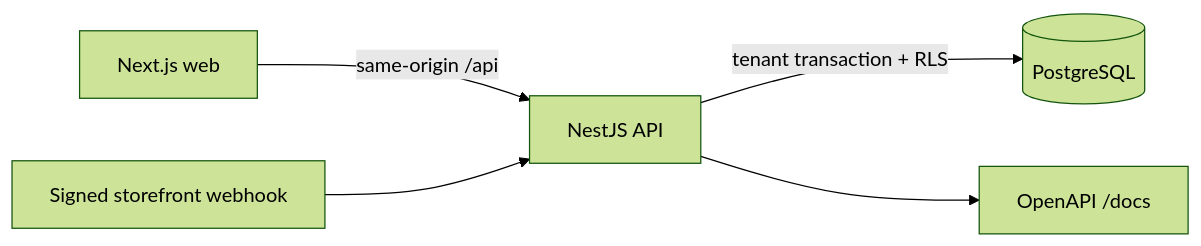
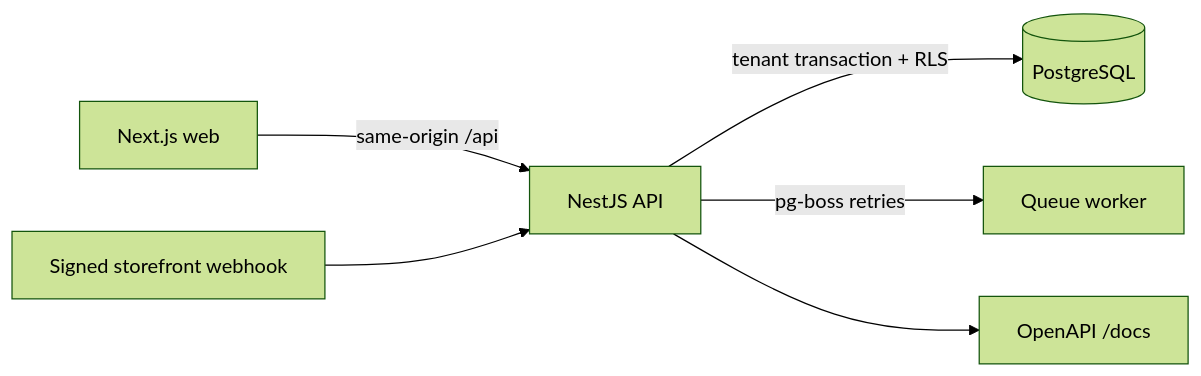
One commit to longhang2004/StockPilot changed the diagram in docs/architecture.md. Above: the diagram before and after it, drawn with Mermaid (forest theme). The commit also changed other lines of this file and 59 other files, not shown here.

````diff
--- a/docs/architecture.md
+++ b/docs/architecture.md
@@ -7,7 +7,8 @@
 ```mermaid
 flowchart LR
   Browser[Next.js web] -->|same-origin /api| API[NestJS API]
   Storefront[Signed storefront webhook] --> API
   API -->|tenant transaction + RLS| DB[(PostgreSQL)]
+  API -->|pg-boss retries| Jobs[Queue worker]
   API --> Docs[OpenAPI /docs]
 ```
````
